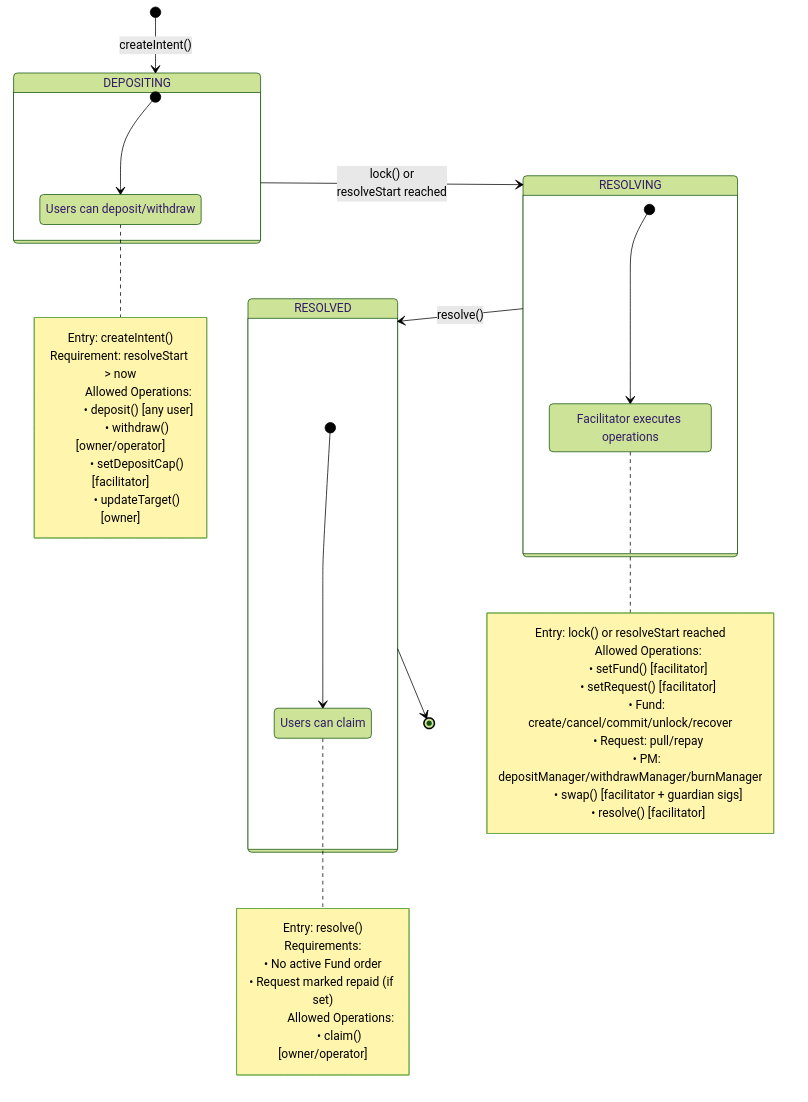
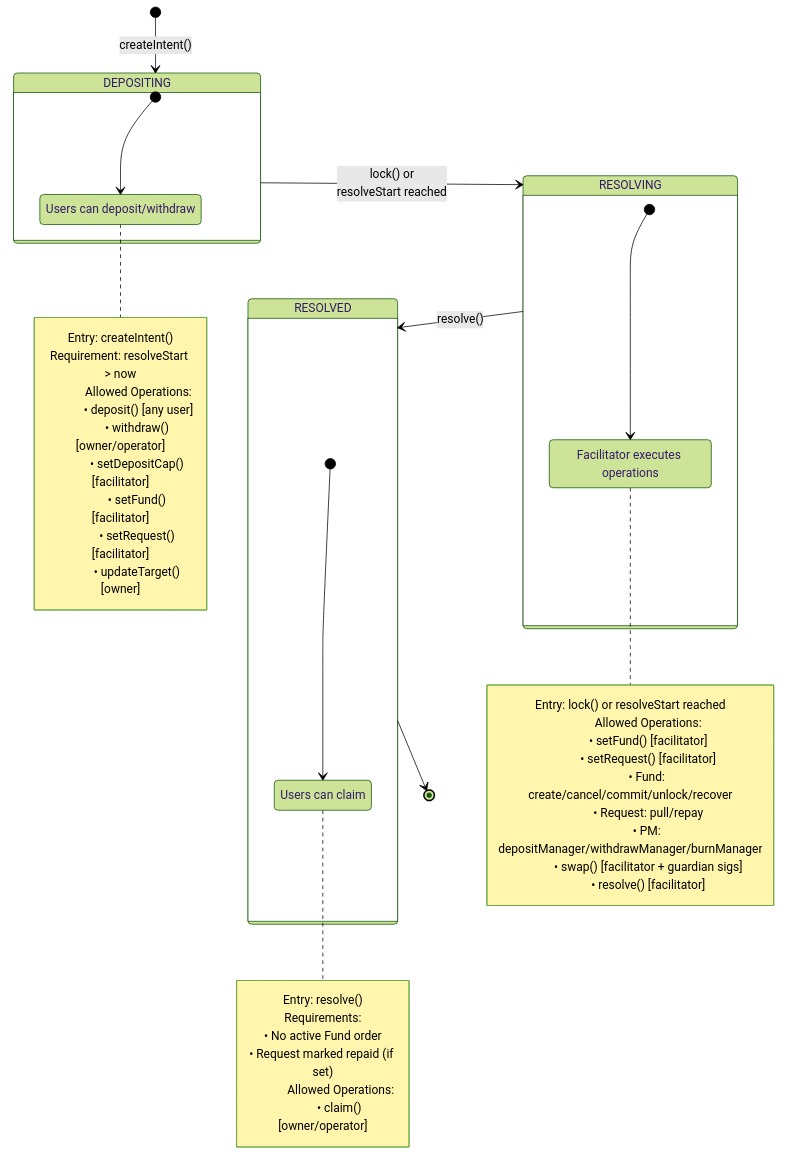
One commit to 3FLabs/grunt changed the third of 11 diagrams in README.md. Above: the diagram before and after it, drawn with Mermaid (forest theme). The commit also changed other lines of this file, not shown here.

First line of the commit message:
docs: clarify setRequest/setFund callable in any phase (CS-I-10)

````diff
--- a/README.md
+++ b/README.md
@@ -178,53 +178,55 @@
 ```mermaid
 stateDiagram-v2
     [*] --> DEPOSITING: createIntent()
     DEPOSITING --> RESOLVING: lock() or<br/>resolveStart reached
     RESOLVING --> RESOLVED: resolve()
     RESOLVED --> [*]
 
     state DEPOSITING {
         [*] --> dep_active
         dep_active: Users can deposit/withdraw
         note right of dep_active
             Entry: createIntent()
             Requirement: resolveStart > now
 
             Allowed Operations:
             • deposit() [any user]
             • withdraw() [owner/operator]
             • setDepositCap() [facilitator]
+            • setFund() [facilitator]
+            • setRequest() [facilitator]
             • updateTarget() [owner]
         end note
     }
 
     state RESOLVING {
         [*] --> res_active
         res_active: Facilitator executes operations
         note right of res_active
             Entry: lock() or resolveStart reached
 
             Allowed Operations:
             • setFund() [facilitator]
             • setRequest() [facilitator]
             • Fund: create/cancel/commit/unlock/recover
             • Request: pull/repay
             • PM: depositManager/withdrawManager/burnManager
             • swap() [facilitator + guardian sigs]
             • resolve() [facilitator]
         end note
     }
 
     state RESOLVED {
         [*] --> resolved_active
         resolved_active: Users can claim
         note right of resolved_active
             Entry: resolve()
             Requirements:
             • No active Fund order
             • Request marked repaid (if set)
 
             Allowed Operations:
             • claim() [owner/operator]
         end note
     }
 ```
````
